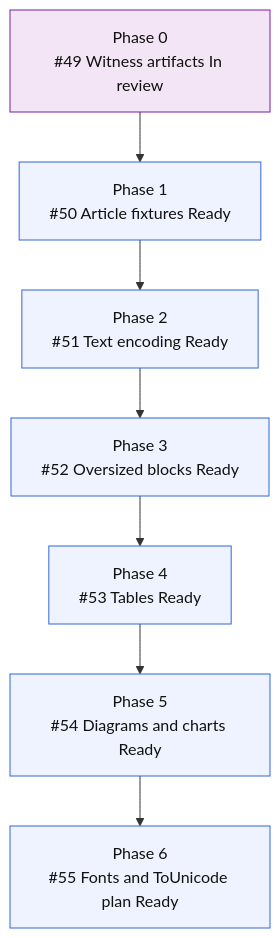
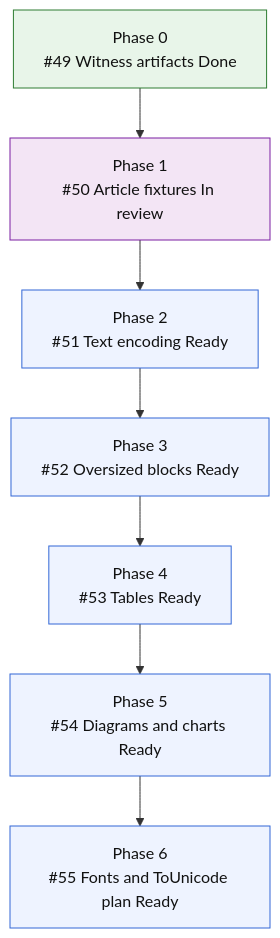
Before and after one commit to mihaelamj/MarkdownPDF: the second of 2 diagrams in README.md, drawn with Mermaid. The commit also changed 5 other files, not shown here.

First line of the commit message:
test(pdf): expand article-grade fixtures (#57)

````diff
--- a/README.md
+++ b/README.md
@@ -212,20 +212,21 @@
 ```mermaid
 flowchart TD
-    F0["Phase 0<br/>#49 Witness artifacts In review"]
-    F1["Phase 1<br/>#50 Article fixtures Ready"]
+    F0["Phase 0<br/>#49 Witness artifacts Done"]
+    F1["Phase 1<br/>#50 Article fixtures In review"]
     F2["Phase 2<br/>#51 Text encoding Ready"]
     F3["Phase 3<br/>#52 Oversized blocks Ready"]
     F4["Phase 4<br/>#53 Tables Ready"]
     F5["Phase 5<br/>#54 Diagrams and charts Ready"]
     F6["Phase 6<br/>#55 Fonts and ToUnicode plan Ready"]
 
     F0 --> F1 --> F2 --> F3 --> F4 --> F5 --> F6
 
     classDef done fill:#e8f5e9,stroke:#2e7d32,color:#111;
     classDef active fill:#e3f2fd,stroke:#1565c0,color:#111;
     classDef review fill:#f3e5f5,stroke:#7b1fa2,color:#111;
     classDef next fill:#fff8e1,stroke:#f9a825,color:#111;
     classDef todo fill:#eef3ff,stroke:#3367d6,color:#111;
-    class F0 review;
-    class F1,F2,F3,F4,F5,F6 todo;
+    class F0 done;
+    class F1 review;
+    class F2,F3,F4,F5,F6 todo;
 ```
````
